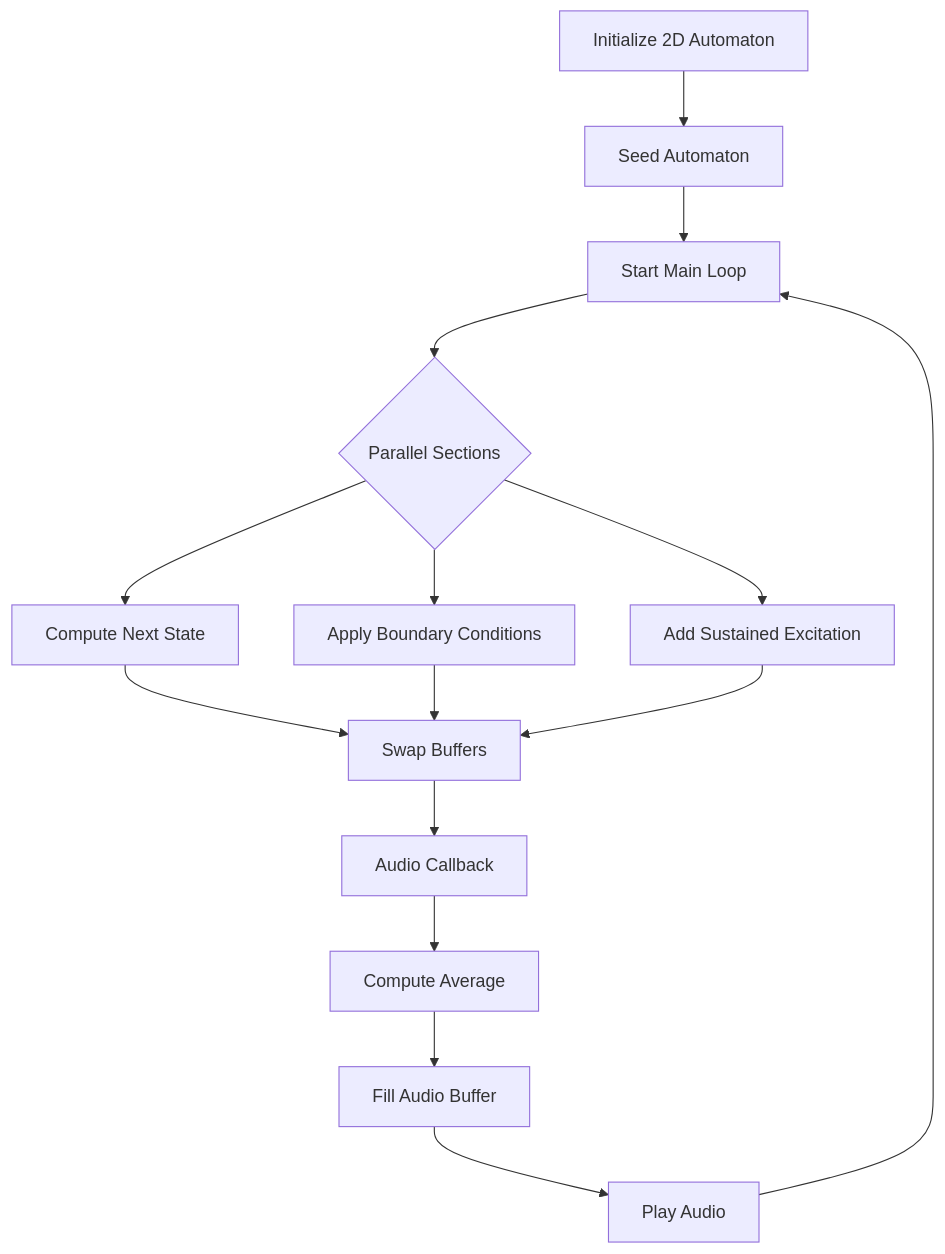
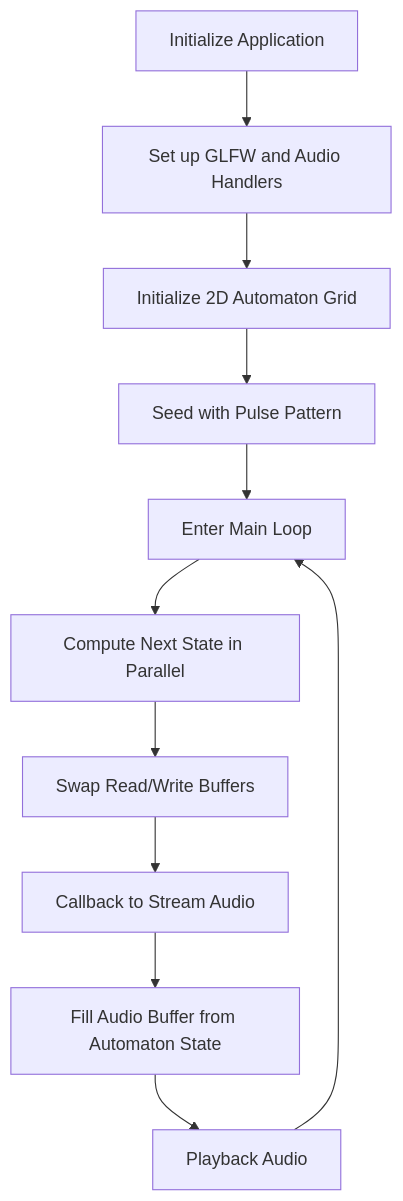
The second of 2 diagrams in README.md (a-sumo/lattice), drawn with Mermaid before and after one commit. The commit also changed other lines of this file and 9 other files, not shown here.

````diff
--- a/README.md
+++ b/README.md
@@ -50,17 +31,13 @@
 ```mermaid
 graph TD;
-    A[Initialize 2D Automaton] --> B[Seed Automaton];
-    B --> C[Start Main Loop];
-    C --> D{Parallel Sections};
-    D --> E[Compute Next State];
-    D --> F[Apply Boundary Conditions];
-    D --> G[Add Sustained Excitation];
-    E --> H[Swap Buffers];
-    F --> H;
-    G --> H;
-    H --> I[Audio Callback];
-    I --> J[Compute Average];
-    J --> K[Fill Audio Buffer];
-    K --> L[Play Audio];
-    L --> C;
+    A1[Initialize Application] --> B1[Set up GLFW and Audio Handlers];
+    B1 --> C1[Initialize 2D Automaton Grid];
+    C1 --> D1[Seed with Pulse Pattern];
+    D1 --> E1[Enter Main Loop];
+    E1 --> F1[Compute Next State in Parallel];
+    F1 --> G1[Swap Read/Write Buffers];
+    G1 --> H1[Callback to Stream Audio];
+    H1 --> I1[Fill Audio Buffer from Automaton State];
+    I1 --> J1[Playback Audio];
+    J1 --> E1;
 ```
````
